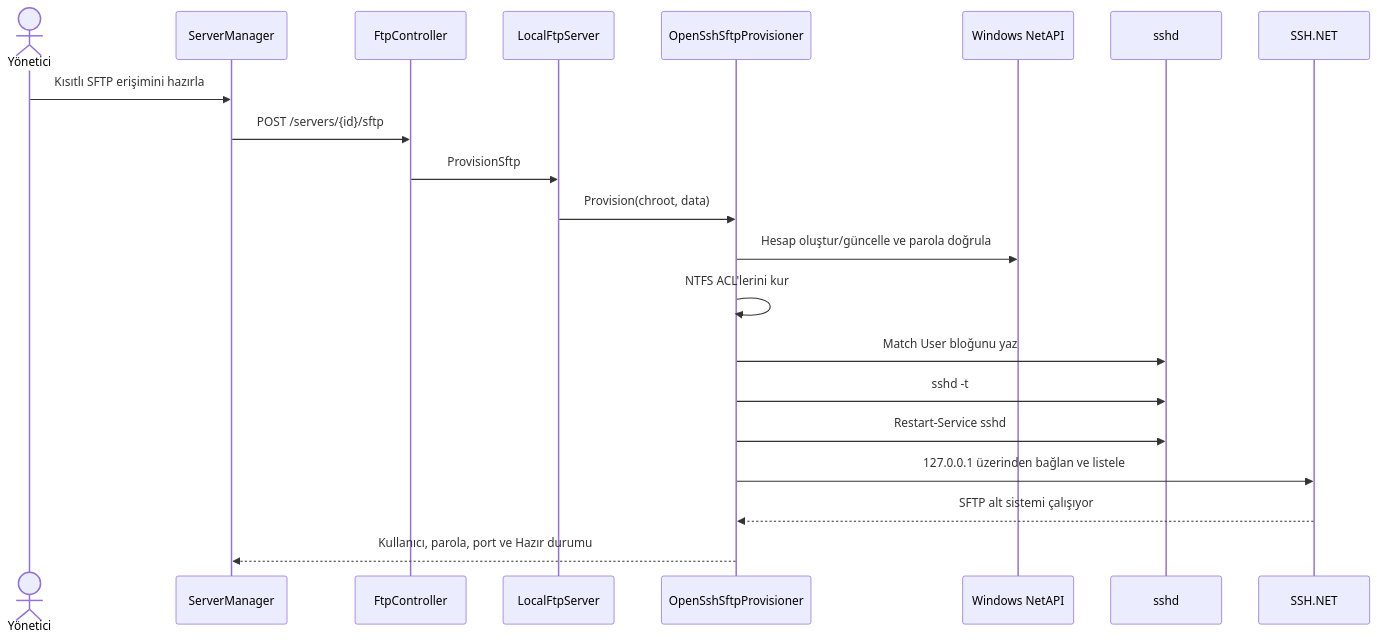
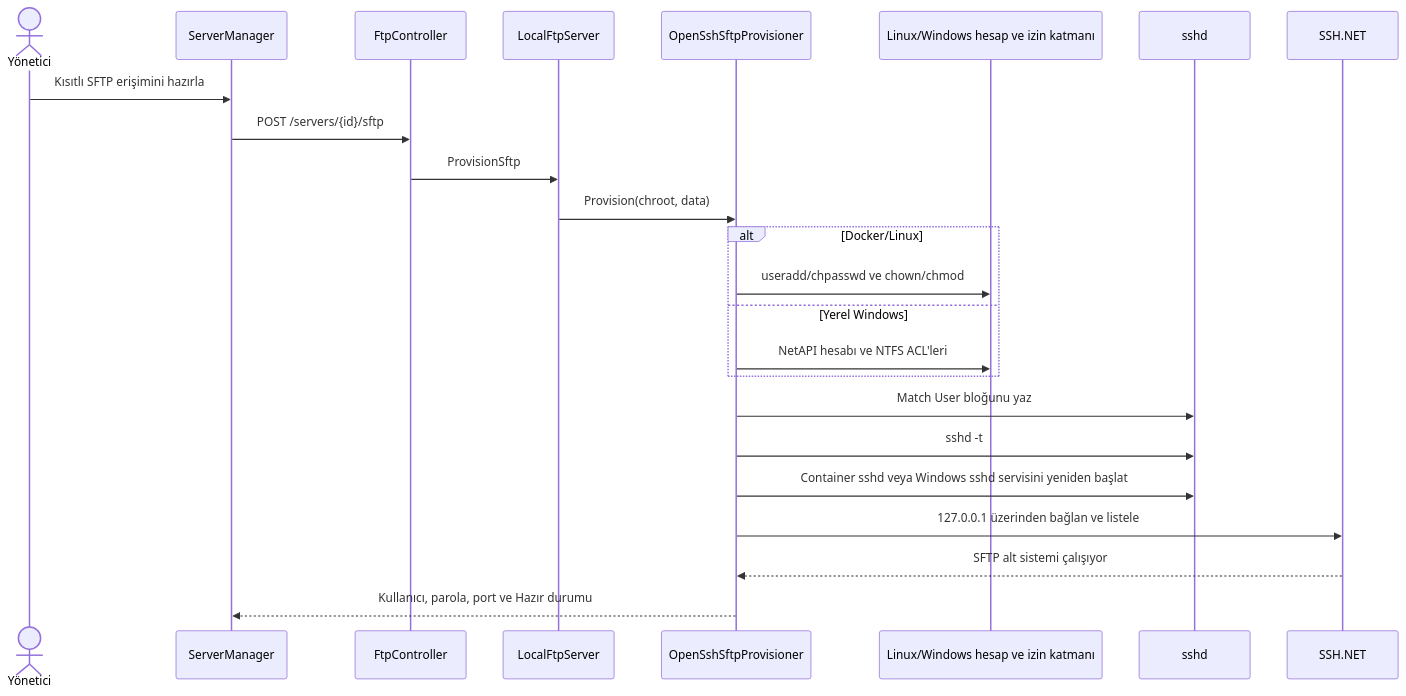
The ninth of 13 diagrams in docs/03_AKISLAR_VE_PROTOKOLLER.md (ottamina/FTP_Dosya_Yonetimi), drawn with Mermaid before and after one commit. The commit also changed other lines of this file and 9 other files, not shown here.

````diff
--- a/docs/03_AKISLAR_VE_PROTOKOLLER.md
+++ b/docs/03_AKISLAR_VE_PROTOKOLLER.md
@@ -154,24 +154,27 @@
 ```mermaid
 sequenceDiagram
     actor A as Yönetici
     participant UI as ServerManager
     participant API as FtpController
     participant LFS as LocalFtpServer
     participant P as OpenSshSftpProvisioner
-    participant W as Windows NetAPI
+    participant OS as Linux/Windows hesap ve izin katmanı
     participant SSH as sshd
     participant TEST as SSH.NET
 
     A->>UI: Kısıtlı SFTP erişimini hazırla
     UI->>API: POST /servers/{id}/sftp
     API->>LFS: ProvisionSftp
     LFS->>P: Provision(chroot, data)
-    P->>W: Hesap oluştur/güncelle ve parola doğrula
-    P->>P: NTFS ACL'lerini kur
+    alt Docker/Linux
+        P->>OS: useradd/chpasswd ve chown/chmod
+    else Yerel Windows
+        P->>OS: NetAPI hesabı ve NTFS ACL'leri
+    end
     P->>SSH: Match User bloğunu yaz
     P->>SSH: sshd -t
-    P->>SSH: Restart-Service sshd
+    P->>SSH: Container sshd veya Windows sshd servisini yeniden başlat
     P->>TEST: 127.0.0.1 üzerinden bağlan ve listele
     TEST-->>P: SFTP alt sistemi çalışıyor
     P-->>UI: Kullanıcı, parola, port ve Hazır durumu
 ```
````
